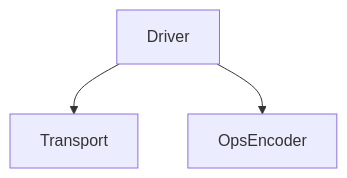
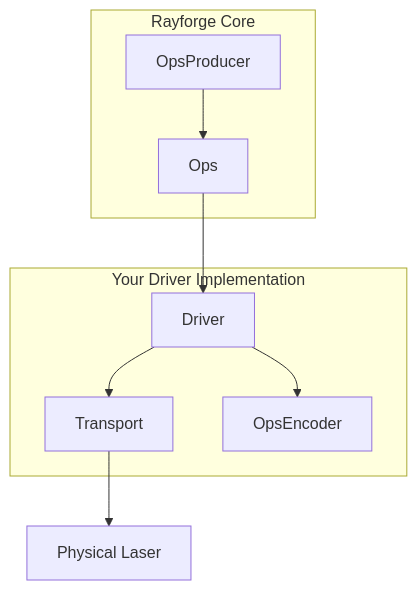
Before and after one commit to yuri-schmaltz/my-rayforge: the diagram in docs/driver.md, drawn with Mermaid. The commit also changed other lines of this file and 4 other files, not shown here.

````diff
--- a/docs/driver.md
+++ b/docs/driver.md
@@ -21,5 +15,14 @@
 ```mermaid
 graph TD;
-    Driver-->Transport;
-    Driver-->OpsEncoder;
+    subgraph Your Driver Implementation
+        Driver-->Transport;
+        Driver-->OpsEncoder;
+    end
+    
+    subgraph Rayforge Core
+        OpsProducer --> Ops;
+    end
+
+    Ops --> Driver;
+    Transport --> Device[Physical Laser];
 ```
````
